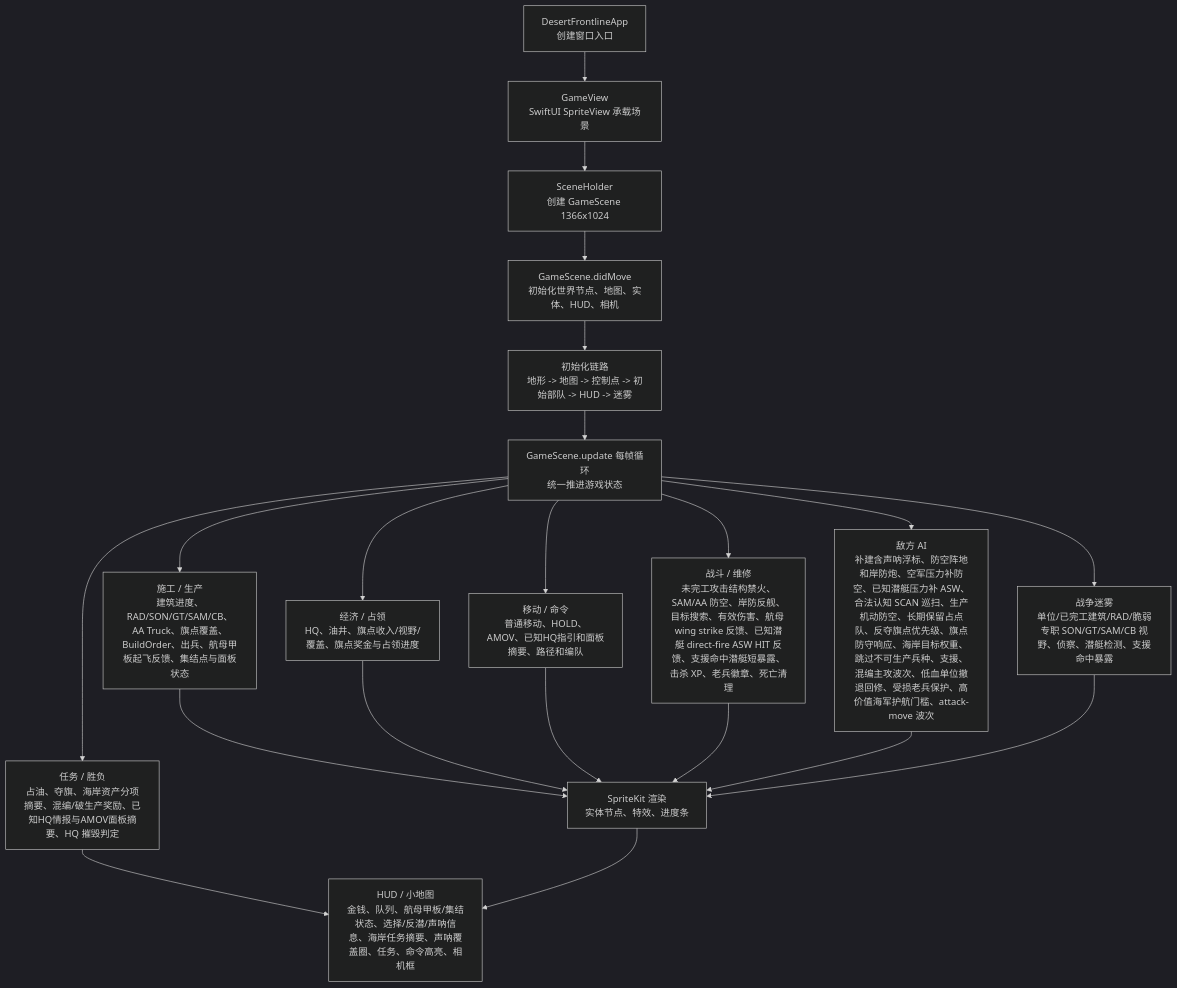
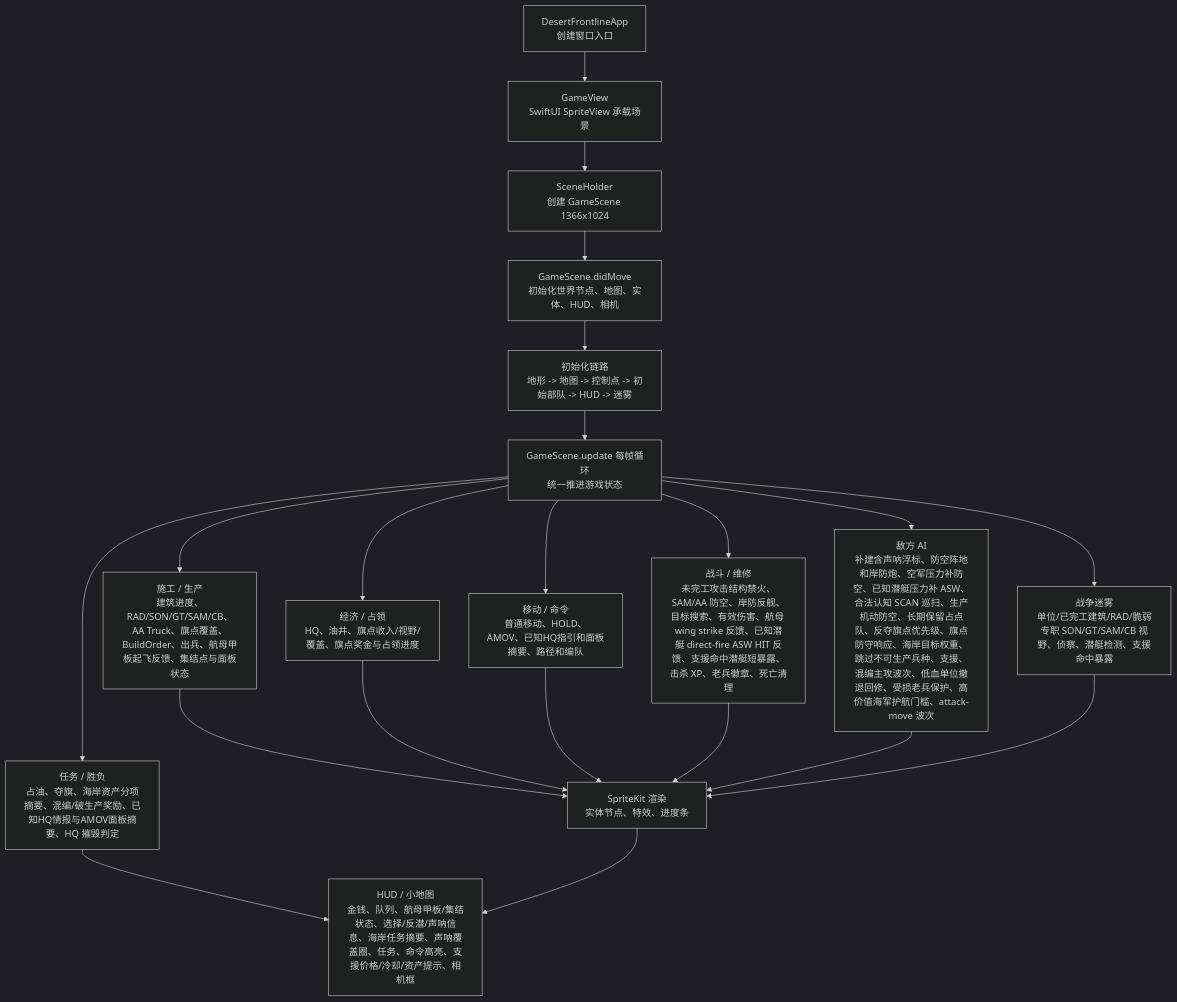
One commit to Altman-sam114/1145 changed the first of 3 diagrams in md/flow/flowchart.md. Above: the diagram before and after it, drawn with Mermaid (dark theme). The commit also changed 4 other files, not shown here.

````diff
--- a/md/flow/flowchart.md
+++ b/md/flow/flowchart.md
@@ -9,23 +9,23 @@
 ```mermaid
 flowchart TD
   App["DesertFrontlineApp\n创建窗口入口"] --> View["GameView\nSwiftUI SpriteView 承载场景"]
   View --> Holder["SceneHolder\n创建 GameScene 1366x1024"]
   Holder --> Scene["GameScene.didMove\n初始化世界节点、地图、实体、HUD、相机"]
   Scene --> Init["初始化链路\n地形 -> 地图 -> 控制点 -> 初始部队 -> HUD -> 迷雾"]
   Init --> Loop["GameScene.update 每帧循环\n统一推进游戏状态"]
   Loop --> Build["施工 / 生产\n建筑进度、RAD/SON/GT/SAM/CB、AA Truck、旗点覆盖、BuildOrder、出兵、航母甲板起飞反馈、集结点与面板状态"]
   Loop --> Economy["经济 / 占领\nHQ、油井、旗点收入/视野/覆盖、旗点奖金与占领进度"]
   Loop --> Commands["移动 / 命令\n普通移动、HOLD、AMOV、已知HQ指引和面板摘要、路径和编队"]
   Loop --> Combat["战斗 / 维修\n未完工攻击结构禁火、SAM/AA 防空、岸防反舰、目标搜索、有效伤害、航母 wing strike 反馈、已知潜艇 direct-fire ASW HIT 反馈、支援命中潜艇短暴露、击杀 XP、老兵徽章、死亡清理"]
   Loop --> AI["敌方 AI\n补建含声呐浮标、防空阵地和岸防炮、空军压力补防空、已知潜艇压力补 ASW、合法认知 SCAN 巡扫、生产机动防空、长期保留占点队、反夺旗点优先级、旗点防守响应、海岸目标权重、跳过不可生产兵种、支援、混编主攻波次、低血单位撤退回修、受损老兵保护、高价值海军护航门槛、attack-move 波次"]
   Loop --> Fog["战争迷雾\n单位/已完工建筑/RAD/脆弱专职 SON/GT/SAM/CB 视野、侦察、潜艇检测、支援命中暴露"]
   Loop --> Mission["任务 / 胜负\n占油、夺旗、海岸资产分项摘要、混编/破生产奖励、已知HQ情报与AMOV面板摘要、HQ 摧毁判定"]
   Build --> Render["SpriteKit 渲染\n实体节点、特效、进度条"]
   Economy --> Render
   Commands --> Render
   Combat --> Render
   AI --> Render
   Fog --> Render
-  Mission --> HUD["HUD / 小地图\n金钱、队列、航母甲板/集结状态、选择/反潜/声呐信息、海岸任务摘要、声呐覆盖圈、任务、命令高亮、相机框"]
+  Mission --> HUD["HUD / 小地图\n金钱、队列、航母甲板/集结状态、选择/反潜/声呐信息、海岸任务摘要、声呐覆盖圈、任务、命令高亮、支援价格/冷却/资产提示、相机框"]
   Render --> HUD
 ```
````
